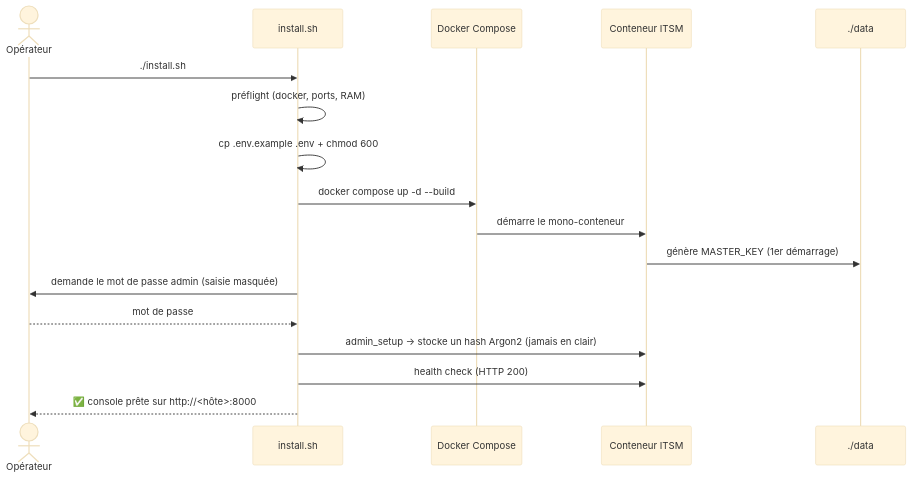
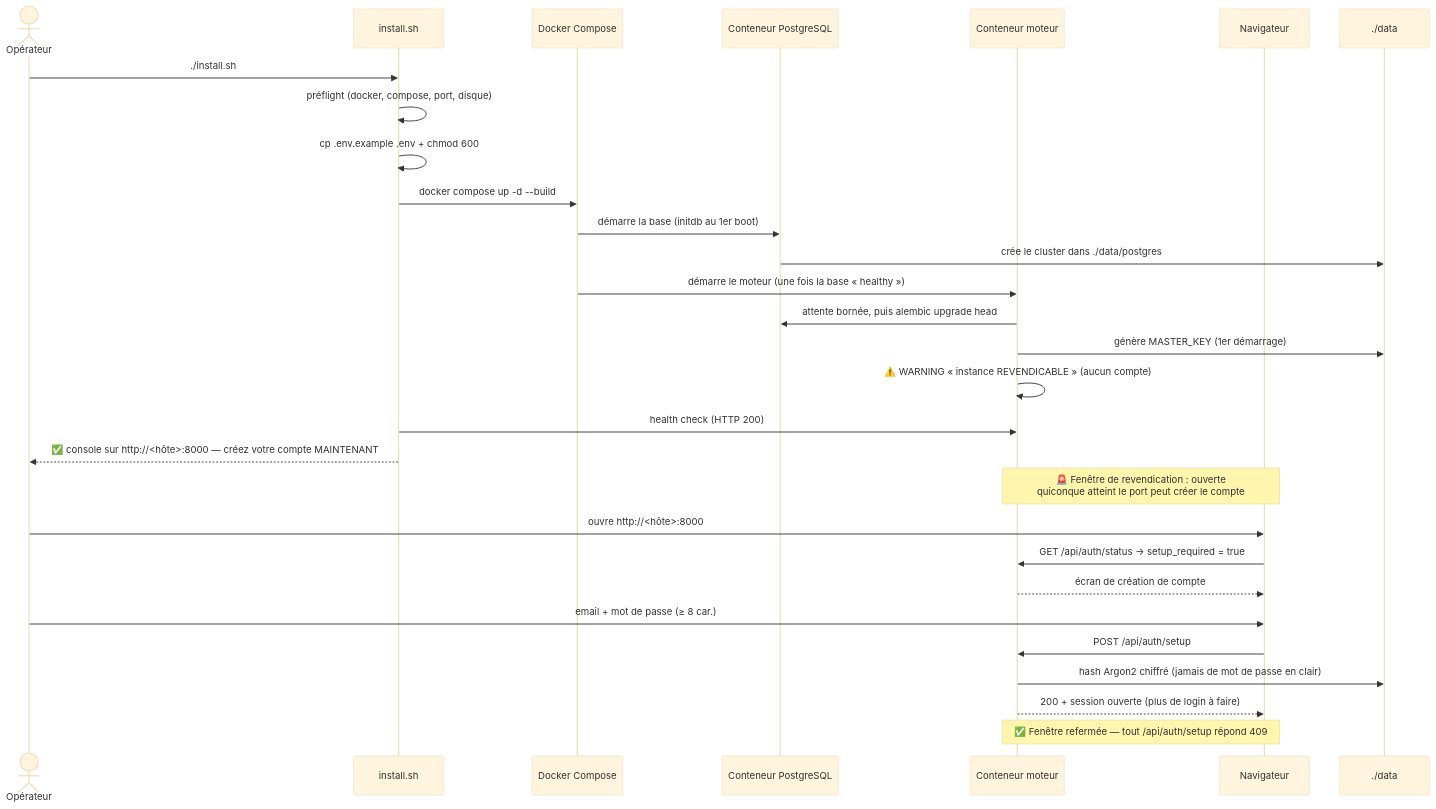
The third of 7 diagrams in docs/guide-fonctionnement.md (WicaebethTheo/itsm-modern-ai), drawn with Mermaid (base theme) before and after one commit. The commit also changed other lines of this file and 181 other files, not shown here.

````diff
--- a/docs/guide-fonctionnement.md
+++ b/docs/guide-fonctionnement.md
@@ -124,20 +152,32 @@
 ```mermaid
 sequenceDiagram
     actor Op as Opérateur
     participant Sh as install.sh
     participant Dk as Docker Compose
-    participant Ct as Conteneur ITSM
+    participant Pg as Conteneur PostgreSQL
+    participant Ct as Conteneur moteur
+    participant Nav as Navigateur
     participant Data as ./data
 
     Op->>Sh: ./install.sh
-    Sh->>Sh: préflight (docker, ports, RAM)
+    Sh->>Sh: préflight (docker, compose, port, disque)
     Sh->>Sh: cp .env.example .env + chmod 600
     Sh->>Dk: docker compose up -d --build
-    Dk->>Ct: démarre le mono-conteneur
+    Dk->>Pg: démarre la base (initdb au 1er boot)
+    Pg->>Data: crée le cluster dans ./data/postgres
+    Dk->>Ct: démarre le moteur (une fois la base « healthy »)
+    Ct->>Pg: attente bornée, puis alembic upgrade head
     Ct->>Data: génère MASTER_KEY (1er démarrage)
-    Sh->>Op: demande le mot de passe admin (saisie masquée)
-    Op-->>Sh: mot de passe
-    Sh->>Ct: admin_setup → stocke un hash Argon2 (jamais en clair)
+    Ct->>Ct: ⚠️ WARNING « instance REVENDICABLE » (aucun compte)
     Sh->>Ct: health check (HTTP 200)
-    Sh-->>Op: ✅ console prête sur http://<hôte>:8000
+    Sh-->>Op: ✅ console sur http://<hôte>:8000 — créez votre compte MAINTENANT
+    Note over Ct,Nav: 🚨 Fenêtre de revendication : ouverte<br/>quiconque atteint le port peut créer le compte
+    Op->>Nav: ouvre http://<hôte>:8000
+    Nav->>Ct: GET /api/auth/status → setup_required = true
+    Ct-->>Nav: écran de création de compte
+    Op->>Nav: email + mot de passe (≥ 8 car.)
+    Nav->>Ct: POST /api/auth/setup
+    Ct->>Data: hash Argon2 chiffré (jamais de mot de passe en clair)
+    Ct-->>Nav: 200 + session ouverte (plus de login à faire)
+    Note over Ct,Nav: ✅ Fenêtre refermée — tout /api/auth/setup répond 409
 ```
````
